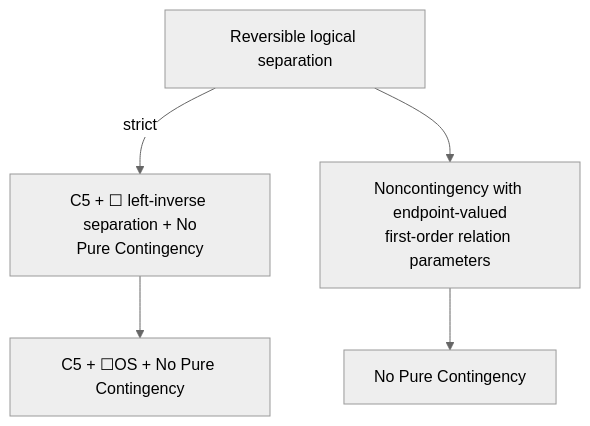
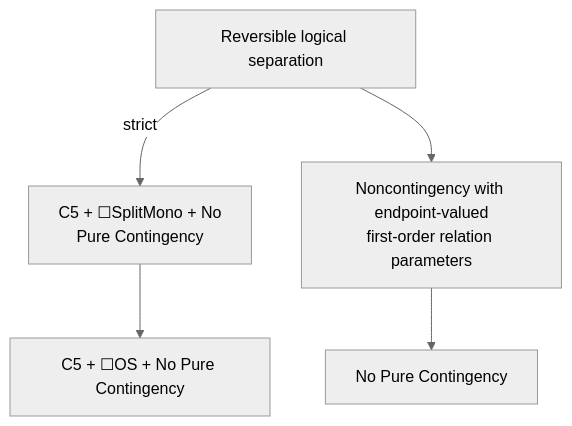
Before and after one commit to dkodsi/Logical-Maps: diagram 33 of 34 in submissions/classicism-results-2026-10-23-v1/proofs/h-observer-space/GRAPH.md, drawn with Mermaid (neutral theme). The commit also changed other lines of this file and 24 other files, not shown here.

````diff
--- a/submissions/classicism-results-2026-10-23-v1/proofs/h-observer-space/GRAPH.md
+++ b/submissions/classicism-results-2026-10-23-v1/proofs/h-observer-space/GRAPH.md
@@ -472,7 +561,7 @@
 ```mermaid
 flowchart TD
-    R["Reversible logical separation"] -->|strict| CSM["C5 + ☐ left-inverse separation + No<br/>Pure Contingency"]
+    R["Reversible logical separation"] -->|strict| CSM["C5 + ☐SplitMono + No<br/>Pure Contingency"]
     CSM --> CNPC["C5 + ☐OS + No Pure Contingency"]
     R --> Param["Noncontingency with endpoint-valued<br/>first-order relation parameters"]
     Param --> Pure["No Pure Contingency"]
 ```
````
